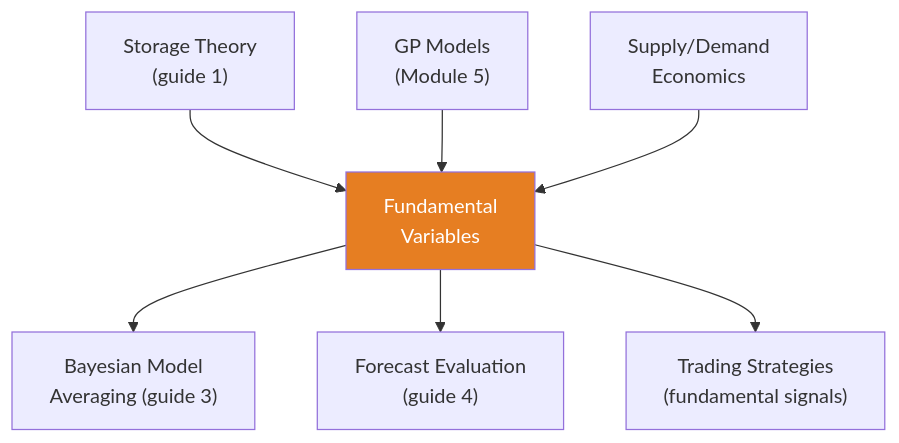
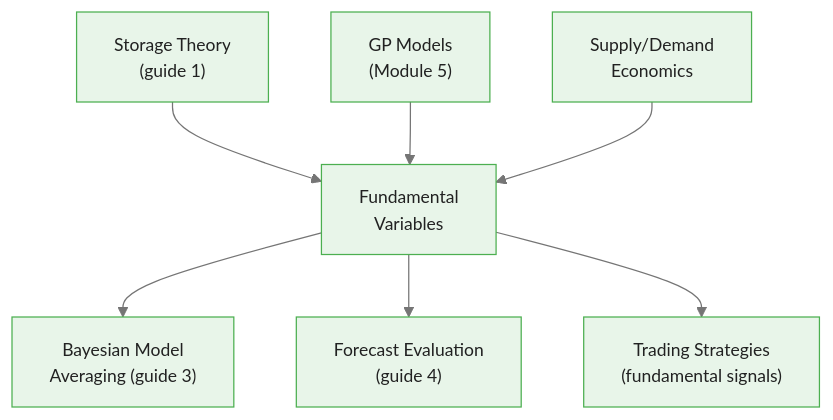
Before and after one commit to m-deane/course-creator: the third of 3 diagrams in courses/bayesian-commodity-forecasting/modules/module_08_fundamentals_integration/guides/02_fundamental_variables_slides.md, drawn with Mermaid. The commit also changed other lines of this file and 104 other files, not shown here.

````diff
--- a/courses/bayesian-commodity-forecasting/modules/module_08_fundamentals_integration/guides/02_fundamental_variables_slides.md
+++ b/courses/bayesian-commodity-forecasting/modules/module_08_fundamentals_integration/guides/02_fundamental_variables_slides.md
@@ -268,10 +282,10 @@
 ```mermaid
+%%{init: {"theme": "base", "themeVariables": {"primaryColor": "#e8f5e9", "primaryBorderColor": "#4caf50", "primaryTextColor": "#212121", "secondaryColor": "#e3f2fd", "tertiaryColor": "#fff8e1", "lineColor": "#757575", "fontFamily": "Inter, sans-serif", "fontSize": "14px"}}}%%
 flowchart TD
     ST["Storage Theory\n(guide 1)"] --> FV["Fundamental\nVariables"]
     GP["GP Models\n(Module 5)"] --> FV
     ECON["Supply/Demand\nEconomics"] --> FV
     FV --> BMA["Bayesian Model\nAveraging (guide 3)"]
     FV --> EVAL["Forecast Evaluation\n(guide 4)"]
     FV --> TRADE["Trading Strategies\n(fundamental signals)"]
-    style FV fill:#e67e22,color:#fff
 ```
````
